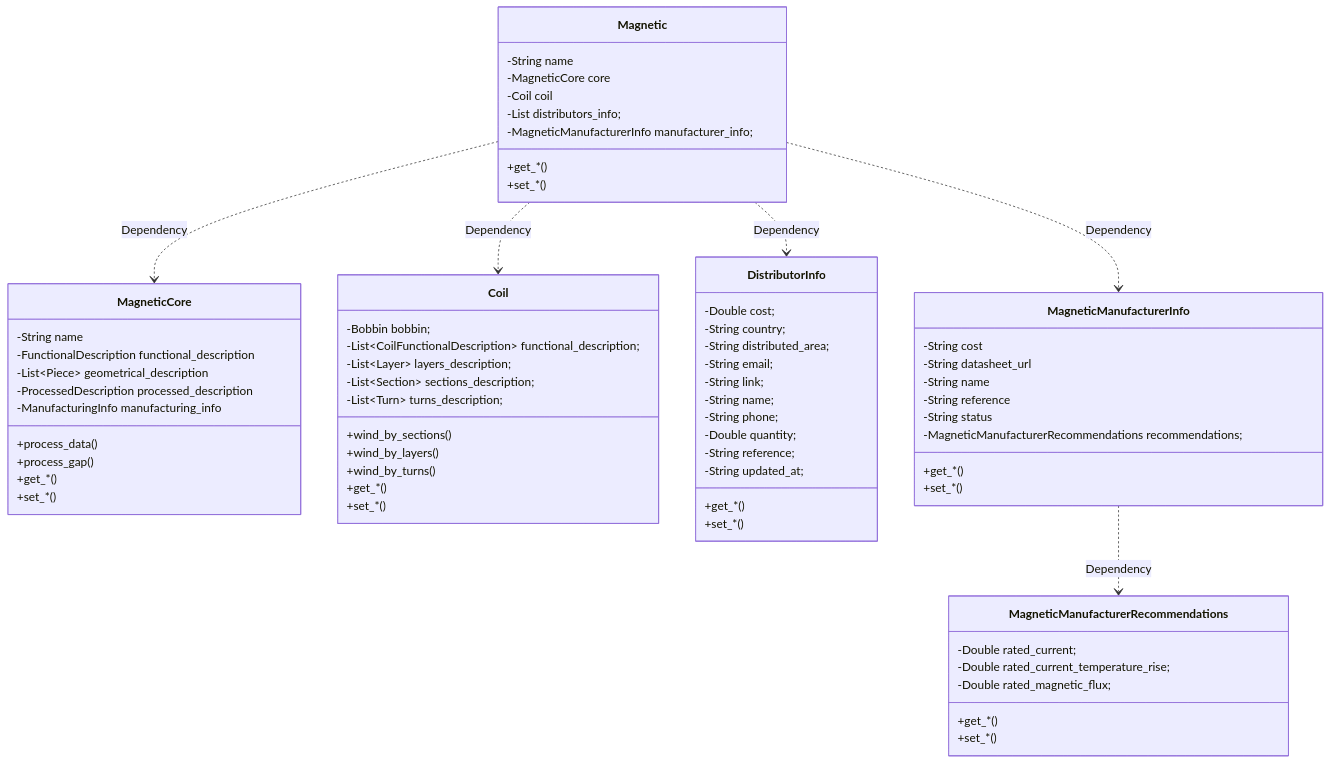
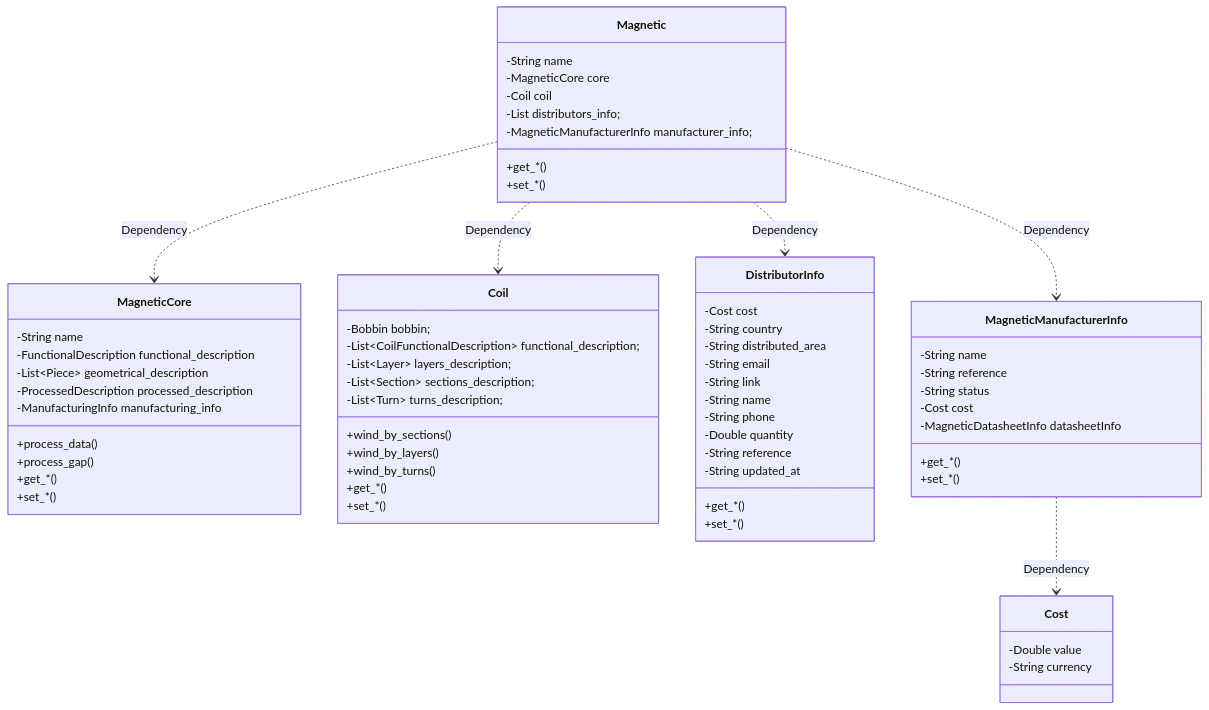
Before and after one commit to OpenMagnetics/MAS: the diagram in docs/magnetic.md, drawn with Mermaid. The commit also changed 6 other files, not shown here.

First line of the commit message:
docs: IEC-readiness doc polish and schema additionalProperties cleanup

````diff
--- a/docs/magnetic.md
+++ b/docs/magnetic.md
@@ -74,40 +74,34 @@
 }
 
 class MagneticManufacturerInfo {
-    -String cost
-    -String datasheet_url
     -String name
     -String reference
     -String status
-    -MagneticManufacturerRecommendations recommendations;
+    -Cost cost
+    -MagneticDatasheetInfo datasheetInfo
 
     +get_*()
     +set_*()
 }
+class Cost {
+    -Double value
+    -String currency
+}
 class DistributorInfo {
-    -Double cost;
-    -String country;
-    -String distributed_area;
-    -String email;
-    -String link;
-    -String name;
-    -String phone;
-    -Double quantity;
-    -String reference;
-    -String updated_at;
+    -Cost cost
+    -String country
+    -String distributed_area
+    -String email
+    -String link
+    -String name
+    -String phone
+    -Double quantity
+    -String reference
+    -String updated_at
 
     +get_*()
     +set_*()
 }
-MagneticManufacturerInfo ..> MagneticManufacturerRecommendations : Dependency
-
-class MagneticManufacturerRecommendations {
-    -Double rated_current;
-    -Double rated_current_temperature_rise;
-    -Double rated_magnetic_flux;
-
-    +get_*()
-    +set_*()
-}
+MagneticManufacturerInfo ..> Cost : Dependency
 
 ```
````
